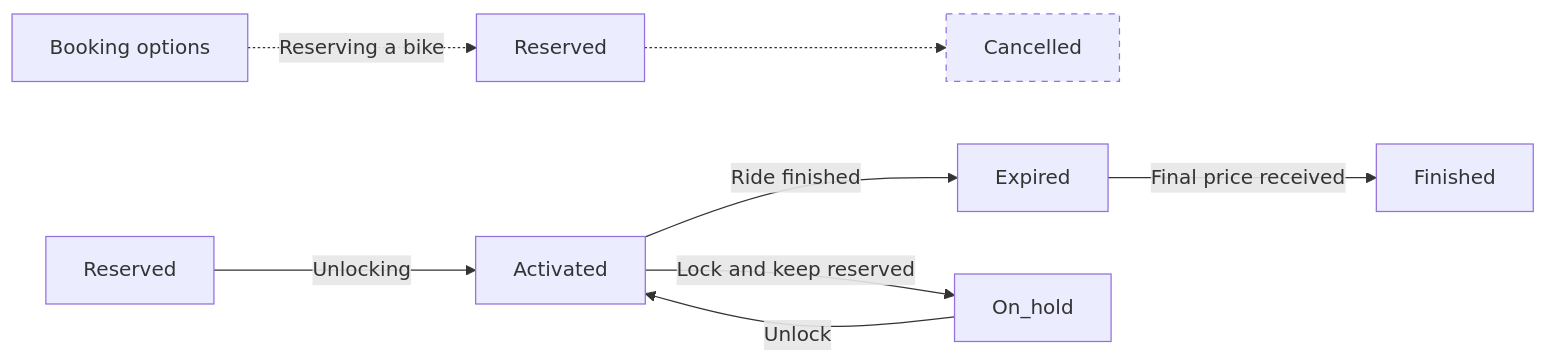
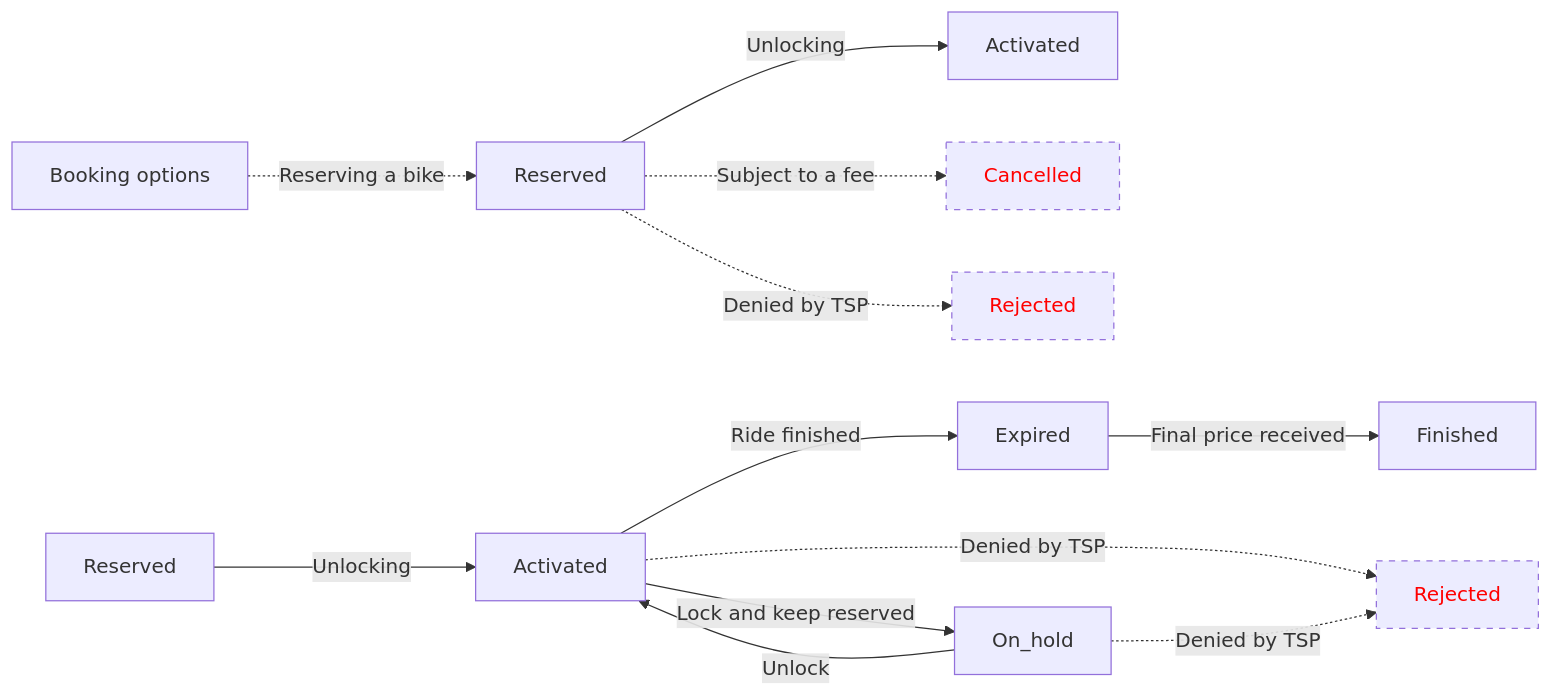
The diagram in specs/workflow/bike.mmd (huksley/maas-tsp-api), drawn with Mermaid before and after one commit. The commit also changed 10 other files, not shown here.

```diff
--- a/specs/workflow/bike.mmd
+++ b/specs/workflow/bike.mmd
@@ -1,11 +1,17 @@
 %% MermaidJS workflow graph for Bike or E-bike TSP
 %% Use https://mermaid-js.github.io/mermaid-live-editor/ to edit
 graph LR
     Options[Booking options] -.->|Reserving a bike | Reserved
-    Reserved -.-> Cancelled
+    Reserved -->|Unlocking| Activated2[Activated]
+    Reserved -.->|Subject to a fee| Cancelled
+    Reserved -.->|Denied by TSP| Rejected
     Reserved2[Reserved] -->|Unlocking| Activated
     Activated -->|Ride finished| Expired
     Activated -->|Lock and keep reserved| On_hold
     Expired -->|Final price received| Finished
     On_hold -->|Unlock| Activated
-    style Cancelled stroke-dasharray: 5, 5
+    Activated -.->|Denied by TSP| Rejected2[Rejected]
+    On_hold -.->|Denied by TSP| Rejected2[Rejected]
+    style Cancelled color:red,stroke-dasharray: 5, 5
+    style Rejected color:red,stroke-dasharray: 5, 5
+    style Rejected2 color:red,stroke-dasharray: 5, 5
```
